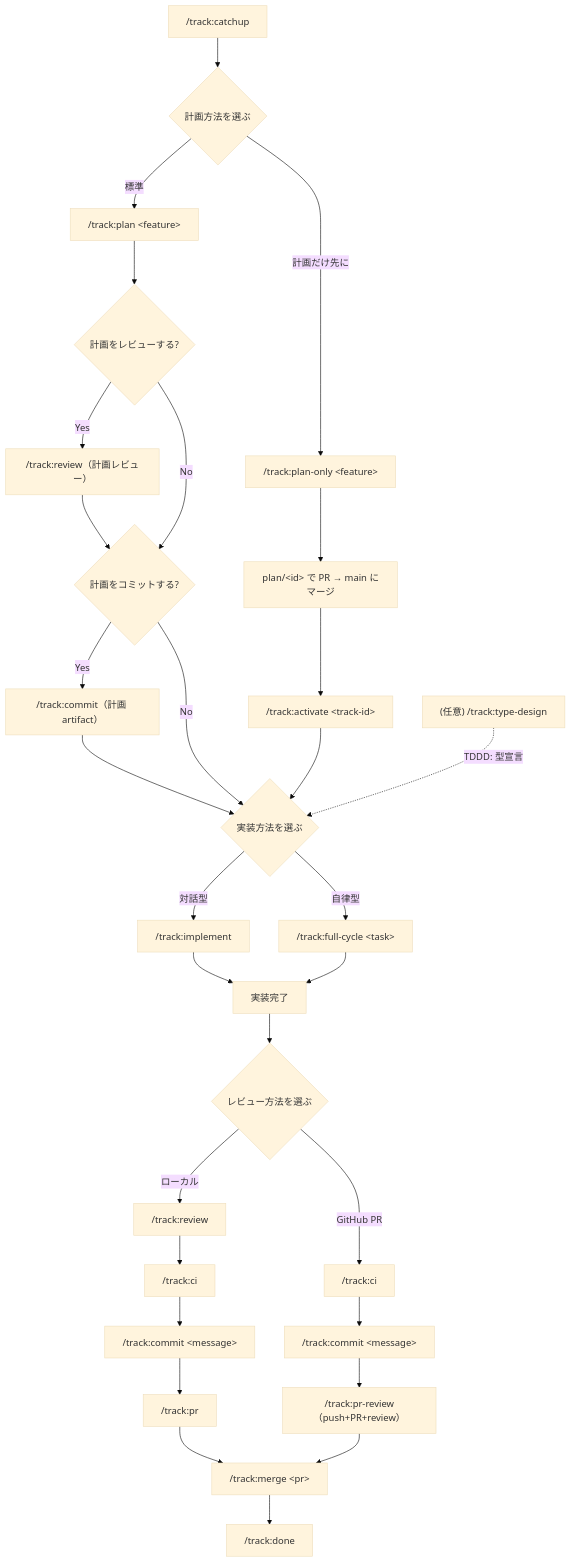
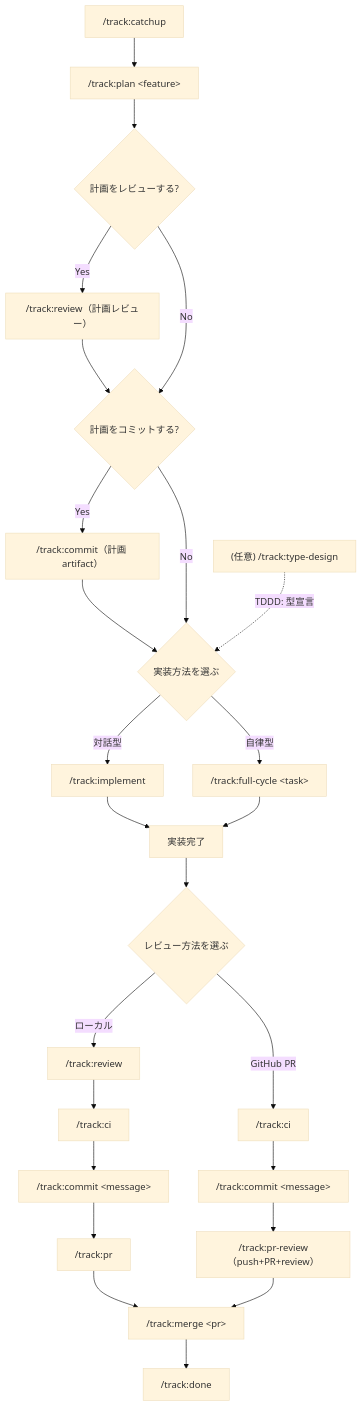
Before and after one commit to Flip451/SoTOHE-core: the diagram in DEVELOPER_AI_WORKFLOW.md, drawn with Mermaid (base theme). The commit also changed other lines of this file and 60 other files, not shown here.

First line of the commit message:
feat(track): plan-only/activate ワークフローレーンを全面削除 (T006-T008)

````diff
--- a/DEVELOPER_AI_WORKFLOW.md
+++ b/DEVELOPER_AI_WORKFLOW.md
@@ -53,32 +53,27 @@
 ```mermaid
 flowchart TD
-    A["/track:catchup"] --> B{計画方法を選ぶ}
-    B -->|"標準"| P1["/track:plan &lt;feature&gt;"]
-    B -->|"計画だけ先に"| P2["/track:plan-only &lt;feature&gt;"]
-    P1 --> PR{"計画をレビューする?"}
+    A["/track:catchup"] --> B["/track:plan &lt;feature&gt;"]
+    B --> PR{"計画をレビューする?"}
     PR -->|Yes| R1["/track:review（計画レビュー）"]
     R1 --> PC{"計画をコミットする?"}
     PR -->|No| PC
     PC -->|Yes| R1C["/track:commit（計画 artifact）"]
     R1C --> IMPL{実装方法を選ぶ}
     PC -->|No| IMPL
-    P2 --> PM["plan/&lt;id&gt; で PR → main にマージ"]
-    PM --> ACT["/track:activate &lt;track-id&gt;"]
-    ACT --> IMPL
     DS["(任意) /track:type-design"] -.->|"TDDD: 型宣言"| IMPL
     IMPL -->|"対話型"| F["/track:implement"]
     IMPL -->|"自律型"| FC["/track:full-cycle &lt;task&gt;"]
     F --> G["実装完了"]
     FC --> G
     G --> H{レビュー方法を選ぶ}
     H -->|"ローカル"| I["/track:review"]
     I --> J["/track:ci"]
     J --> K["/track:commit &lt;message&gt;"]
     K --> L["/track:pr"]
     L --> M["/track:merge &lt;pr&gt;"]
     H -->|"GitHub PR"| J2["/track:ci"]
     J2 --> K2["/track:commit &lt;message&gt;"]
     K2 --> I2["/track:pr-review（push+PR+review）"]
     I2 --> M
     M --> N["/track:done"]
 ```
````
